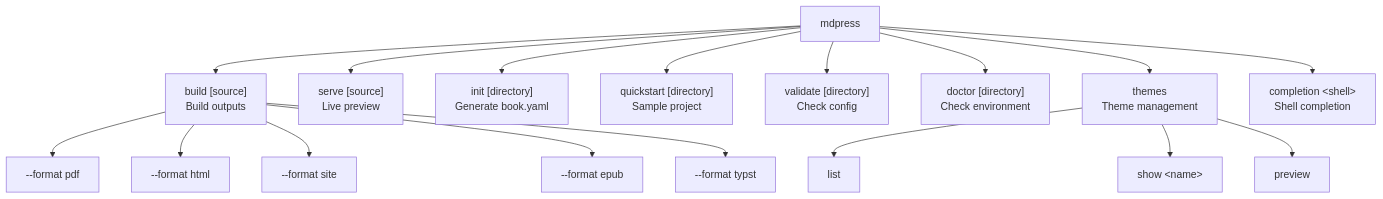
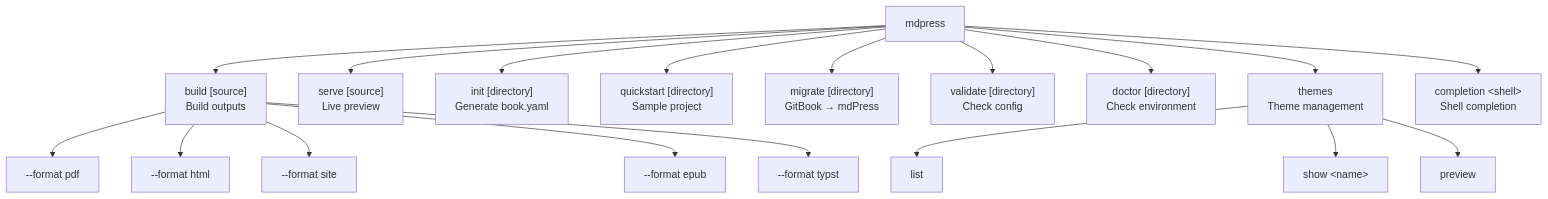
The first of 2 diagrams in docs/COMMANDS.md (yeasy/mdPress), drawn with Mermaid before and after one commit. The commit also changed other lines of this file and 3 other files, not shown here.

````diff
--- a/docs/COMMANDS.md
+++ b/docs/COMMANDS.md
@@ -9,23 +9,24 @@
 ```mermaid
 flowchart TD
     root["mdpress"]
 
     root --> build["build [source]<br/>Build outputs"]
     root --> serve["serve [source]<br/>Live preview"]
     root --> init["init [directory]<br/>Generate book.yaml"]
     root --> quickstart["quickstart [directory]<br/>Sample project"]
+    root --> migrate["migrate [directory]<br/>GitBook → mdPress"]
     root --> validate["validate [directory]<br/>Check config"]
     root --> doctor["doctor [directory]<br/>Check environment"]
     root --> themes["themes<br/>Theme management"]
     root --> completion["completion &lt;shell&gt;<br/>Shell completion"]
 
     themes --> list["list"]
     themes --> show["show &lt;name&gt;"]
     themes --> preview["preview"]
 
     build --> pdf["--format pdf"]
     build --> html["--format html"]
     build --> site["--format site"]
     build --> epub["--format epub"]
     build --> typst["--format typst"]
 ```
````
